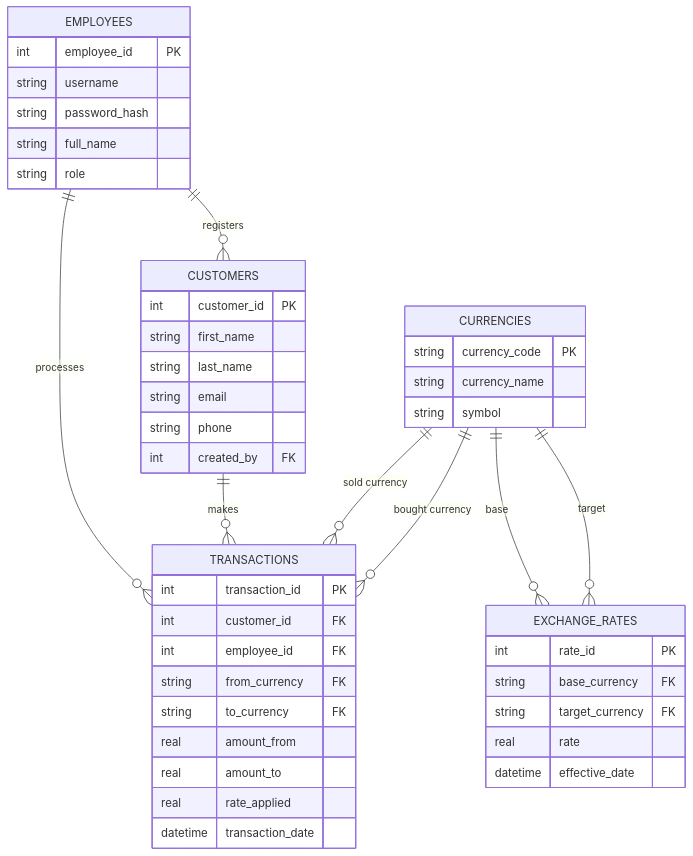
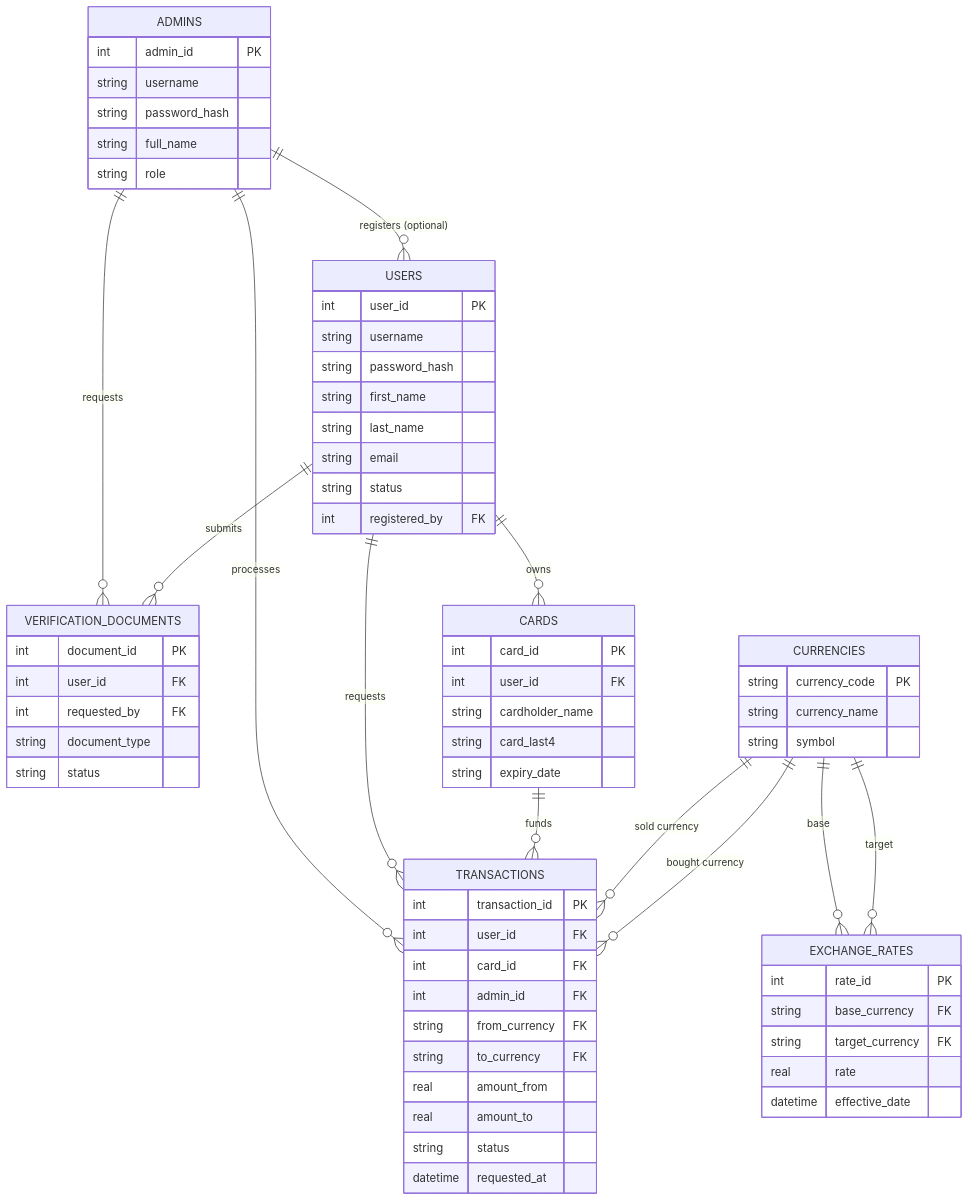
Before and after one commit to chawtg/mse-python: the diagram in 008-money-exchange-system/docs/ER_Diagram.md, drawn with Mermaid. The commit also changed other lines of this file and 3 other files, not shown here.

Commit message:
add the use case diagram for money-exchange-system

````diff
--- a/008-money-exchange-system/docs/ER_Diagram.md
+++ b/008-money-exchange-system/docs/ER_Diagram.md
@@ -7,49 +7,70 @@
 ```mermaid
 erDiagram
-  EMPLOYEES ||--o{ CUSTOMERS : registers
-  EMPLOYEES ||--o{ TRANSACTIONS : processes
-  CUSTOMERS ||--o{ TRANSACTIONS : makes
+  ADMINS ||--o{ USERS : "registers (optional)"
+  ADMINS ||--o{ TRANSACTIONS : processes
+  ADMINS ||--o{ VERIFICATION_DOCUMENTS : requests
+  USERS ||--o{ TRANSACTIONS : requests
+  USERS ||--o{ CARDS : owns
+  USERS ||--o{ VERIFICATION_DOCUMENTS : submits
+  CARDS ||--o{ TRANSACTIONS : funds
   CURRENCIES ||--o{ EXCHANGE_RATES : base
   CURRENCIES ||--o{ EXCHANGE_RATES : target
   CURRENCIES ||--o{ TRANSACTIONS : "sold currency"
   CURRENCIES ||--o{ TRANSACTIONS : "bought currency"
 
-  EMPLOYEES {
-    int employee_id PK
+  ADMINS {
+    int admin_id PK
     string username
     string password_hash
     string full_name
     string role
   }
-  CUSTOMERS {
-    int customer_id PK
+  USERS {
+    int user_id PK
+    string username
+    string password_hash
     string first_name
     string last_name
     string email
-    string phone
-    int created_by FK
+    string status
+    int registered_by FK
+  }
+  CARDS {
+    int card_id PK
+    int user_id FK
+    string cardholder_name
+    string card_last4
+    string expiry_date
   }
   CURRENCIES {
     string currency_code PK
     string currency_name
     string symbol
   }
   EXCHANGE_RATES {
     int rate_id PK
     string base_currency FK
     string target_currency FK
     real rate
     datetime effective_date
   }
   TRANSACTIONS {
     int transaction_id PK
-    int customer_id FK
-    int employee_id FK
+    int user_id FK
+    int card_id FK
+    int admin_id FK
     string from_currency FK
     string to_currency FK
     real amount_from
     real amount_to
-    real rate_applied
-    datetime transaction_date
+    string status
+    datetime requested_at
+  }
+  VERIFICATION_DOCUMENTS {
+    int document_id PK
+    int user_id FK
+    int requested_by FK
+    string document_type
+    string status
   }
 ```
````
